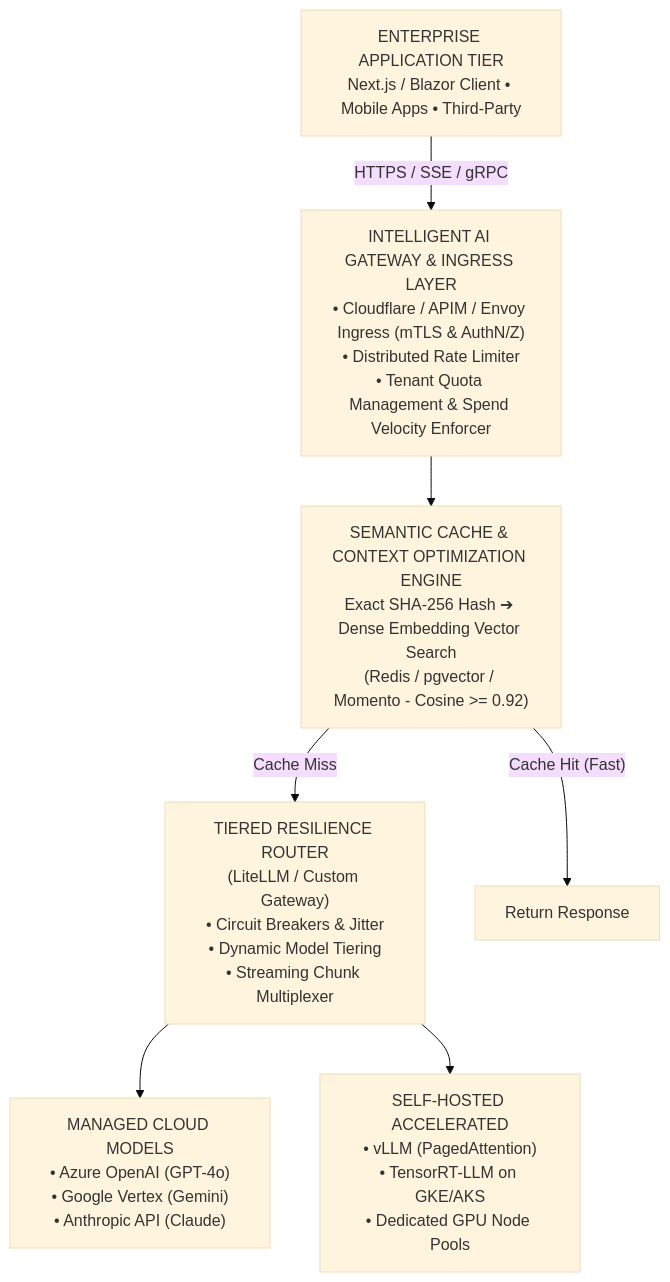
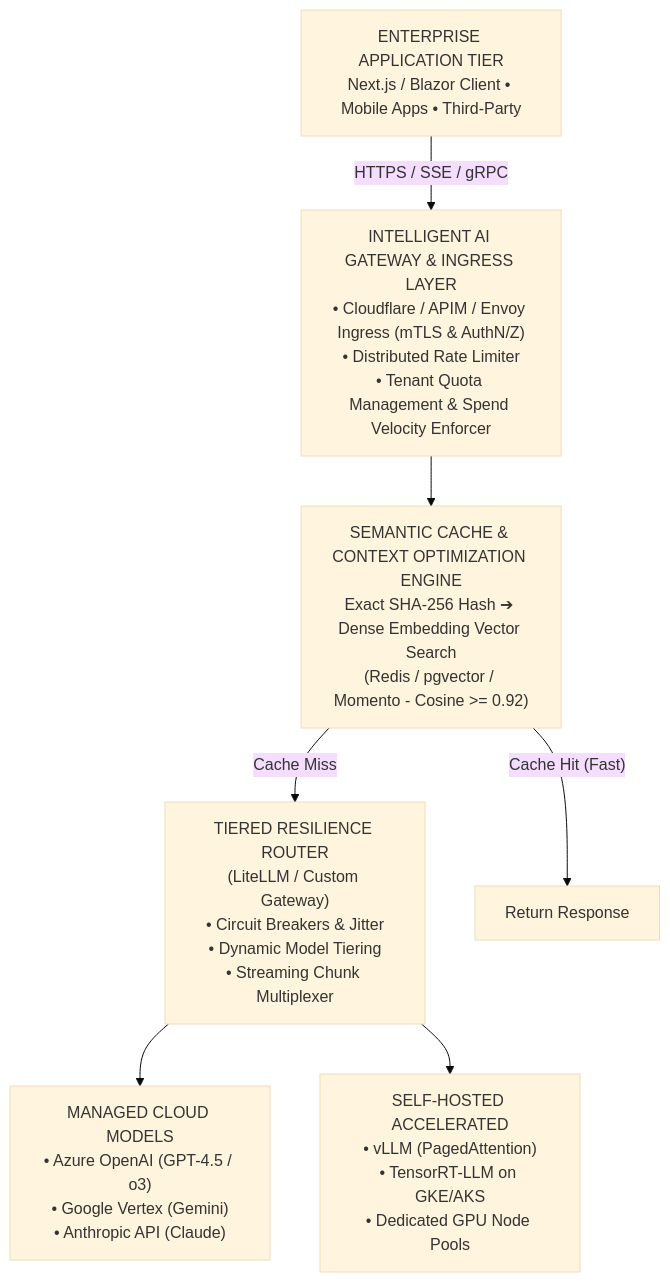
One commit to dip4k/senior-engineer-to-ai-engineer-roadmap changed the first of 14 diagrams in 07-production-deployment-and-llmops/README.md. Above: the diagram before and after it, drawn with Mermaid (base theme). The commit also changed other lines of this file and 39 other files, not shown here.

First line of the commit message:
Enhance use case documentation for Enterprise AI, including new architectural standards and resilience implementations

````diff
--- a/07-production-deployment-and-llmops/README.md
+++ b/07-production-deployment-and-llmops/README.md
@@ -11,13 +11,13 @@
 ```mermaid
 flowchart TD
     A["ENTERPRISE APPLICATION TIER<br/>Next.js / Blazor Client • Mobile Apps • Third-Party"]
     A -- "HTTPS / SSE / gRPC" --> B["INTELLIGENT AI GATEWAY & INGRESS LAYER<br/>• Cloudflare / APIM / Envoy Ingress (mTLS & AuthN/Z)<br/>• Distributed Rate Limiter<br/>• Tenant Quota Management & Spend Velocity Enforcer"]
     
     B --> C["SEMANTIC CACHE & CONTEXT OPTIMIZATION ENGINE<br/>Exact SHA-256 Hash ➔ Dense Embedding Vector Search<br/>(Redis / pgvector / Momento - Cosine >= 0.92)"]
     
     C -- "Cache Miss" --> D["TIERED RESILIENCE ROUTER<br/>(LiteLLM / Custom Gateway)<br/>• Circuit Breakers & Jitter<br/>• Dynamic Model Tiering<br/>• Streaming Chunk Multiplexer"]
     C -- "Cache Hit (Fast)" --> Return["Return Response"]
     
-    D --> E["MANAGED CLOUD MODELS<br/>• Azure OpenAI (GPT-4o)<br/>• Google Vertex (Gemini)<br/>• Anthropic API (Claude)"]
+    D --> E["MANAGED CLOUD MODELS<br/>• Azure OpenAI (GPT-4.5 / o3)<br/>• Google Vertex (Gemini)<br/>• Anthropic API (Claude)"]
     D --> F["SELF-HOSTED ACCELERATED<br/>• vLLM (PagedAttention)<br/>• TensorRT-LLM on GKE/AKS<br/>• Dedicated GPU Node Pools"]
 ```
````
